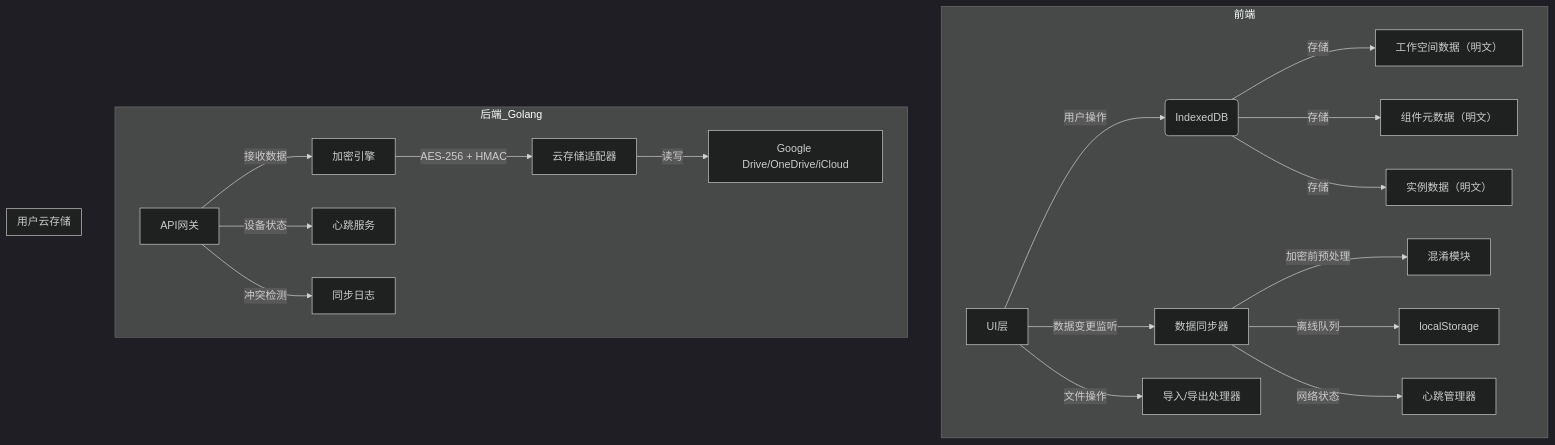
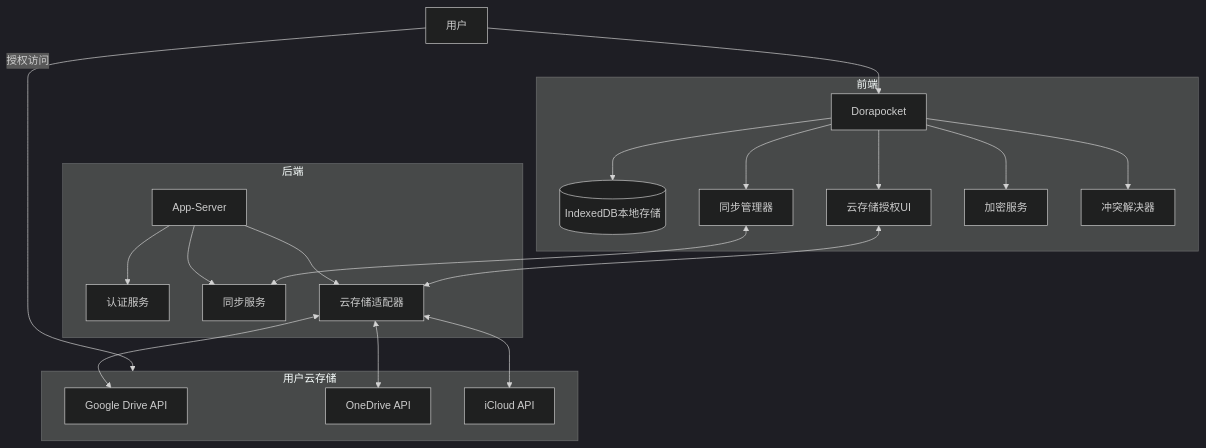
The diagram in all/未命名-34.md (yingjianzh/iodraw-files), drawn with Mermaid (dark theme) before and after one commit.

Commit message:
2025-04-17 10:45:52 update

````diff
--- a/all/未命名-34.md
+++ b/all/未命名-34.md
@@ -1,26 +1,28 @@
 ```mermaid
 flowchart TD
+    User[用户] --> FrontEnd[Dorapocket]
+    
     subgraph 前端
-        A[UI层] -->|用户操作| B(IndexedDB)
-        B -->|存储| C["工作空间数据（明文）"]
-        B -->|存储| D["组件元数据（明文）"]
-        B -->|存储| E["实例数据（明文）"]
-        A -->|数据变更监听| F[数据同步器]
-        F -->|加密前预处理| G[混淆模块]
-        F -->|离线队列| H[localStorage]
-        F -->|网络状态| I[心跳管理器]
-        A -->|文件操作| J[导入/导出处理器]
+        FrontEnd --> LocalDB[(IndexedDB本地存储)]
+        FrontEnd --> SyncManager[同步管理器]
+        FrontEnd --> CloudAuthUI[云存储授权UI]
+        FrontEnd --> CryptoService[加密服务]
+        FrontEnd --> ConflictResolver[冲突解决器]
     end
-
-    subgraph 后端_Golang
-        K[API网关] -->|接收数据| L[加密引擎]
-        L -->|AES-256 + HMAC| M[云存储适配器]
-        M -->|读写| N[用户云存储]
-        K -->|设备状态| O[心跳服务]
-        K -->|冲突检测| P[同步日志]
+    
+    subgraph 后端
+        AppServer[App-Server] --> AuthService[认证服务]
+        AppServer --> SyncService[同步服务]
+        AppServer --> CloudAdapter[云存储适配器]
     end
-
+    
     subgraph 用户云存储
-        N[Google Drive/OneDrive/iCloud]
+        CloudAdapter <--> GoogleDrive[Google Drive API]
+        CloudAdapter <--> OneDrive[OneDrive API]
+        CloudAdapter <--> iCloud[iCloud API]
     end
+    
+    User -- "授权访问" --> 用户云存储
+    SyncManager <--> SyncService
+    CloudAuthUI <--> CloudAdapter
 ```
````
